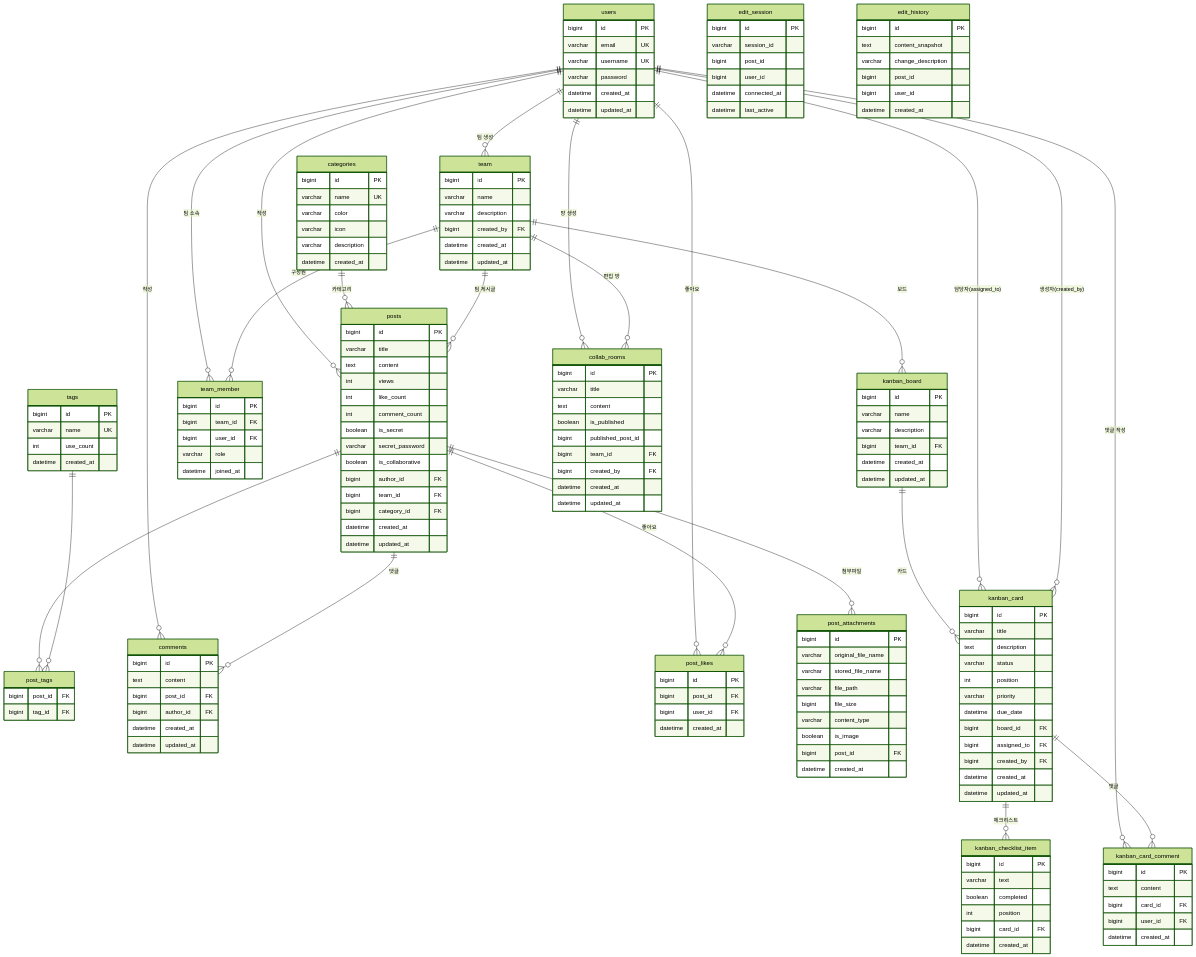
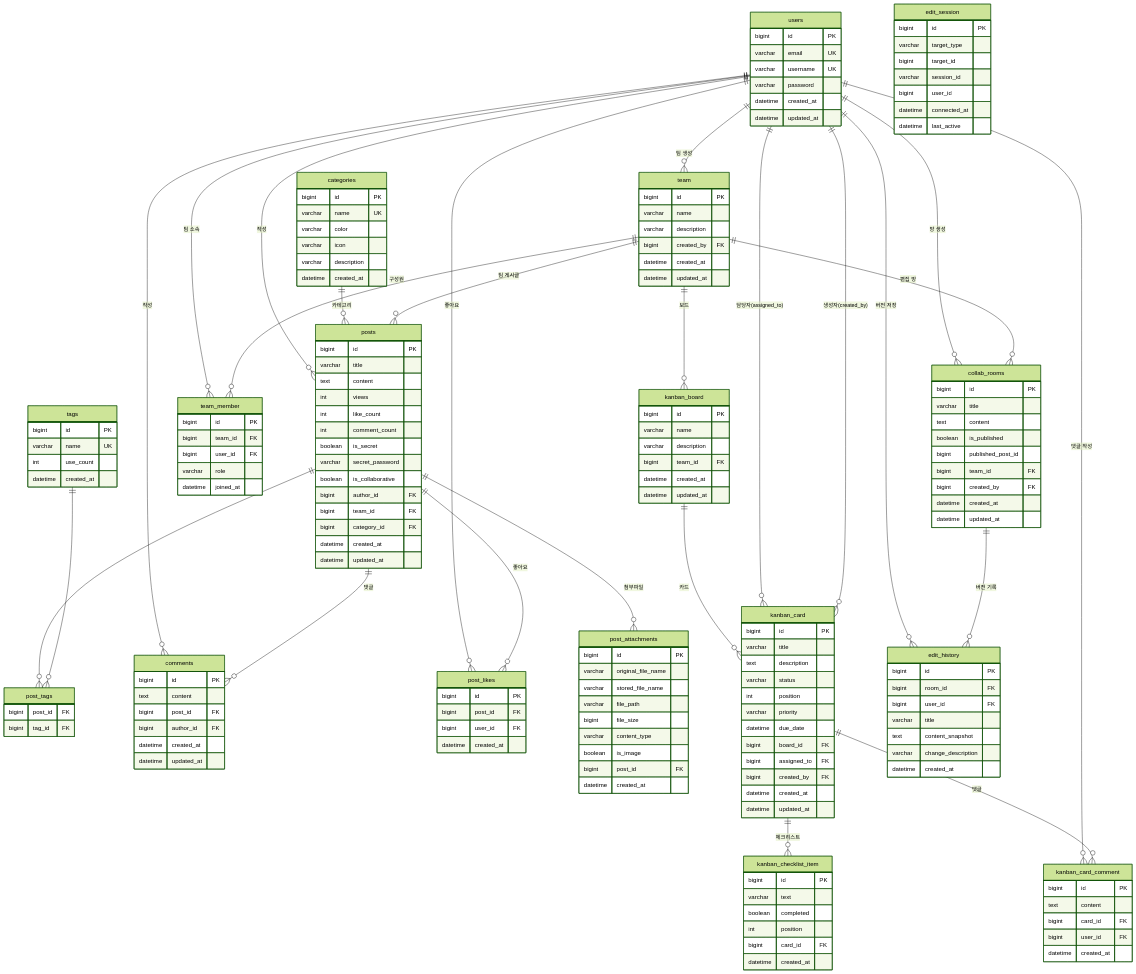
The diagram in ERD.md (FAITRUEE/board_was), drawn with Mermaid (forest theme) before and after one commit. The commit also changed other lines of this file and 21 other files, not shown here.

```diff
--- a/ERD.md
+++ b/ERD.md
@@ -149,8 +149,9 @@
 
     edit_session {
         bigint id PK
+        varchar target_type
+        bigint target_id
         varchar session_id
-        bigint post_id
         bigint user_id
         datetime connected_at
         datetime last_active
@@ -158,10 +159,11 @@
 
     edit_history {
         bigint id PK
+        bigint room_id FK
+        bigint user_id FK
+        varchar title
         text content_snapshot
         varchar change_description
-        bigint post_id
-        bigint user_id
         datetime created_at
     }
 
@@ -173,6 +175,8 @@
     users ||--o{ team_member       : "팀 소속"
     users ||--o{ kanban_card_comment : "댓글 작성"
     users ||--o{ collab_rooms      : "방 생성"
+    users ||--o{ edit_history      : "버전 저장"
+    collab_rooms ||--o{ edit_history : "버전 기록"
 
     %% ── 게시글 관계 ──
     categories ||--o{ posts        : "카테고리"
```
